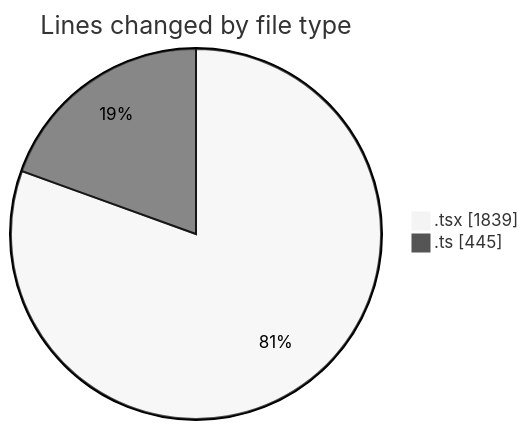
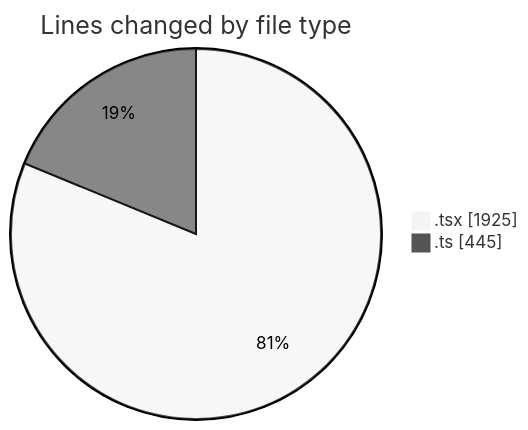
One commit to momahboobian/code-tracking changed the first of 2 diagrams in 2025-09-24/cda/README.md. Above: the diagram before and after it, drawn with Mermaid (neutral theme). The commit also changed other lines of this file and 1 other file, not shown here.

````diff
--- a/2025-09-24/cda/README.md
+++ b/2025-09-24/cda/README.md
@@ -29,6 +29,6 @@
 ```mermaid
 pie showData
 title Lines changed by file type
-".tsx" : 1839
+".tsx" : 1925
 ".ts" : 445
 ```
````
